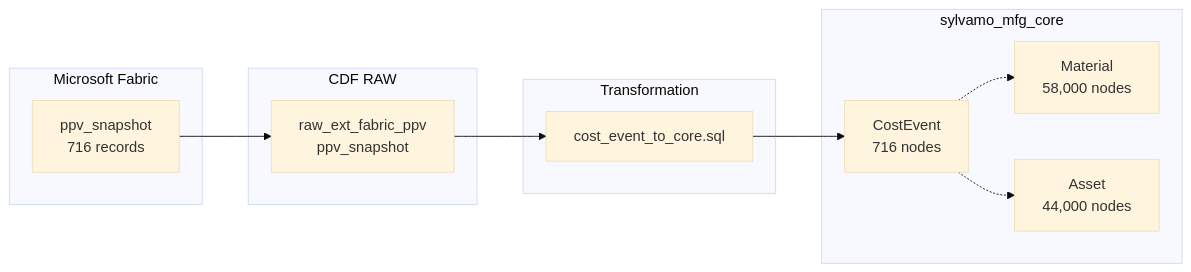
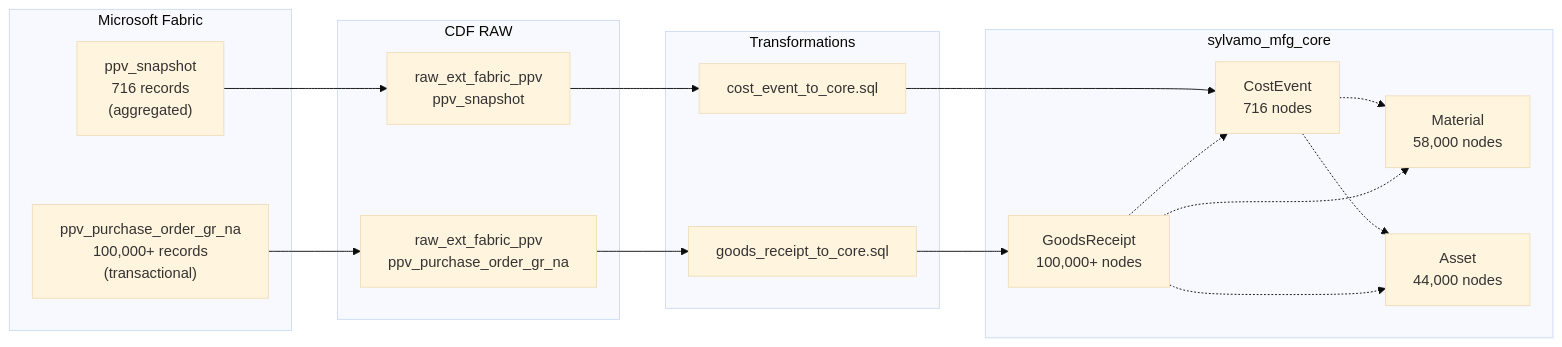
Before and after one commit to fbarsoba-cognite/sylvamo-project-documentation: the third of 3 diagrams in docs/reference/data-model/MFG_CORE_WITH_PPV.md, drawn with Mermaid (base theme). The commit also changed other lines of this file, not shown here.

First line of the commit message:
docs: Add GoodsReceipt entity for ppv_purchase_order_gr_na

````diff
--- a/docs/reference/data-model/MFG_CORE_WITH_PPV.md
+++ b/docs/reference/data-model/MFG_CORE_WITH_PPV.md
@@ -251,24 +406,32 @@
 ```mermaid
 flowchart LR
     subgraph Source["Microsoft Fabric"]
-        PPV["ppv_snapshot<br/>716 records"]
+        PPV["ppv_snapshot<br/>716 records<br/>(aggregated)"]
+        GR["ppv_purchase_order_gr_na<br/>100,000+ records<br/>(transactional)"]
     end
 
     subgraph RAW["CDF RAW"]
         R1["raw_ext_fabric_ppv<br/>ppv_snapshot"]
+        R2["raw_ext_fabric_ppv<br/>ppv_purchase_order_gr_na"]
     end
 
-    subgraph Transform["Transformation"]
+    subgraph Transform["Transformations"]
         T1["cost_event_to_core.sql"]
+        T2["goods_receipt_to_core.sql"]
     end
 
     subgraph Model["sylvamo_mfg_core"]
         CE["CostEvent<br/>716 nodes"]
+        GRE["GoodsReceipt<br/>100,000+ nodes"]
         MAT["Material<br/>58,000 nodes"]
         AST["Asset<br/>44,000 nodes"]
     end
 
     PPV --> R1 --> T1 --> CE
+    GR --> R2 --> T2 --> GRE
     CE -.-> MAT
     CE -.-> AST
+    GRE -.-> MAT
+    GRE -.-> AST
+    GRE -.-> CE
 ```
````
